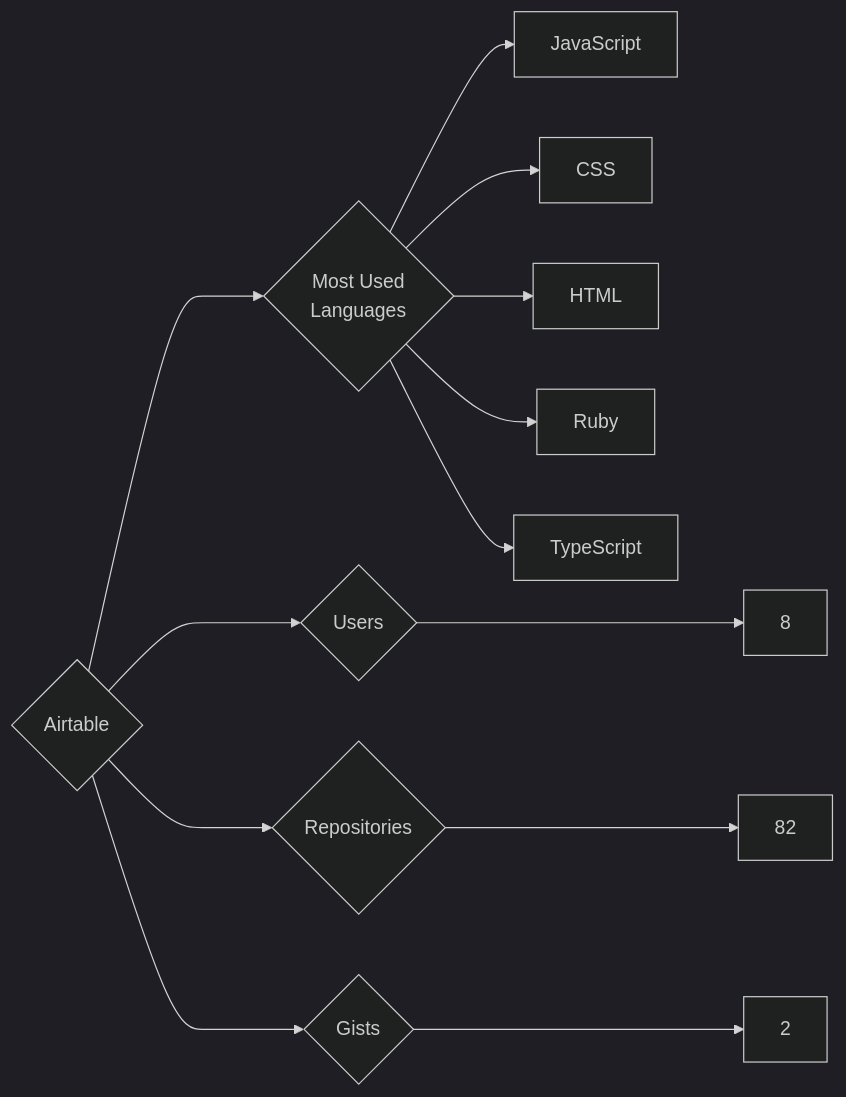
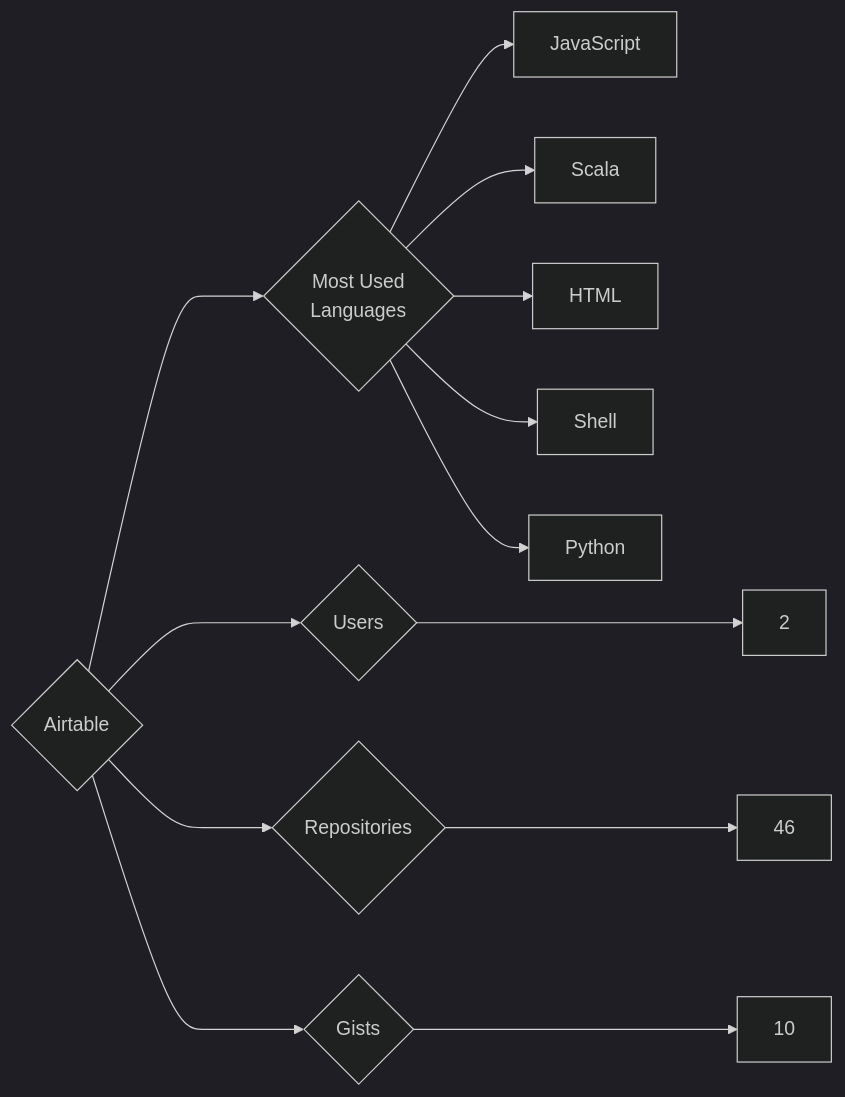
Before and after one commit to trickest/insiders: the diagram in targets/Airtable/README.md, drawn with Mermaid (dark theme). The commit also changed 857 other files, not shown here.

````diff
--- a/targets/Airtable/README.md
+++ b/targets/Airtable/README.md
@@ -3,13 +3,13 @@
 ```mermaid
 graph LR
 COMPANY_NAME{Airtable}
-COMPANY_NAME ---> U{Users} ---> UN[8]
-COMPANY_NAME ---> R{Repositories} ---> RN[82]
-COMPANY_NAME ---> G{Gists} ---> GN[2]
+COMPANY_NAME ---> U{Users} ---> UN[2]
+COMPANY_NAME ---> R{Repositories} ---> RN[46]
+COMPANY_NAME ---> G{Gists} ---> GN[10]
 COMPANY_NAME ---> ML{Most Used<br>Languages}
 ML --> JavaScript[JavaScript]
-ML --> CSS[CSS]
+ML --> Scala[Scala]
 ML --> HTML[HTML]
-ML --> Ruby[Ruby]
-ML --> TypeScript[TypeScript]
+ML --> Shell[Shell]
+ML --> Python[Python]
 ```
````
